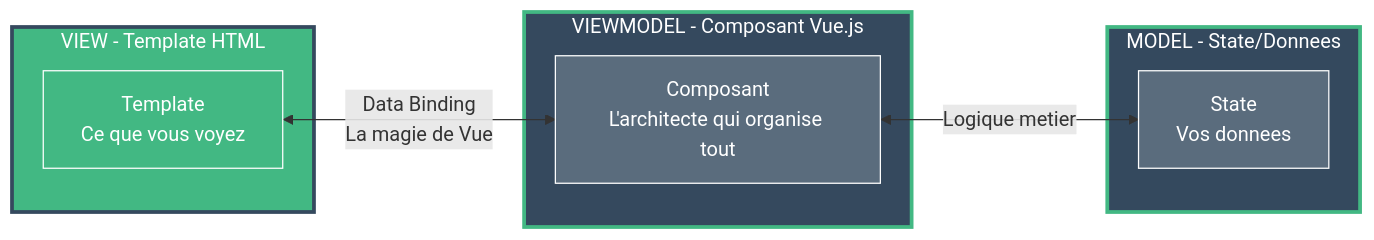
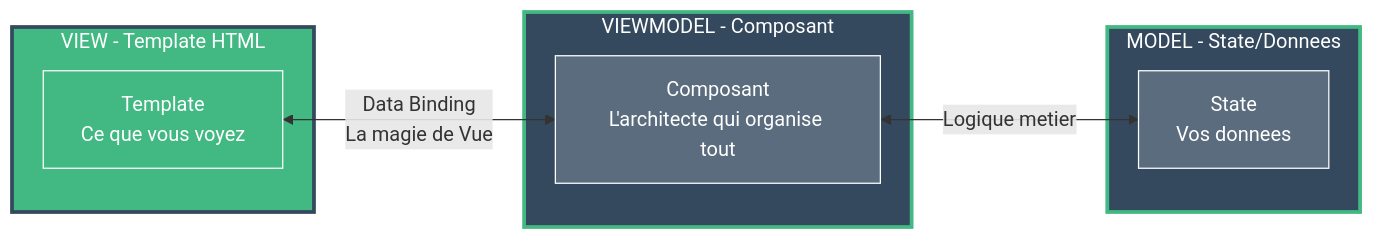
One commit to JSurquin/pylowt changed the first of 6 diagrams in pages/module1-introduction-bases.md. Above: the diagram before and after it, drawn with Mermaid. The commit also changed other lines of this file and 1 other file, not shown here.

````diff
--- a/pages/module1-introduction-bases.md
+++ b/pages/module1-introduction-bases.md
@@ -313,24 +313,24 @@
 ```mermaid
 graph LR
     subgraph VIEW["VIEW - Template HTML"]
         A[Template<br/>Ce que vous voyez]
     end
     
-    subgraph VIEWMODEL["VIEWMODEL - Composant Vue.js"]
+    subgraph VIEWMODEL["VIEWMODEL - Composant"]
         B[Composant<br/>L'architecte qui organise tout]
     end
     
     subgraph MODEL["MODEL - State/Donnees"]
         C[State<br/>Vos donnees]
     end
     
     A <-->|Data Binding<br/>La magie de Vue| B
     B <-->|Logique metier| C
     
     style VIEW fill:#42b883,stroke:#35495e,stroke-width:3px,color:#fff
     style VIEWMODEL fill:#35495e,stroke:#42b883,stroke-width:3px,color:#fff
     style MODEL fill:#34495e,stroke:#42b883,stroke-width:3px,color:#fff
     style A fill:#42b883,stroke:#fff,color:#fff
     style B fill:#5a6c7d,stroke:#fff,color:#fff
     style C fill:#5a6c7d,stroke:#fff,color:#fff
 ```
````
